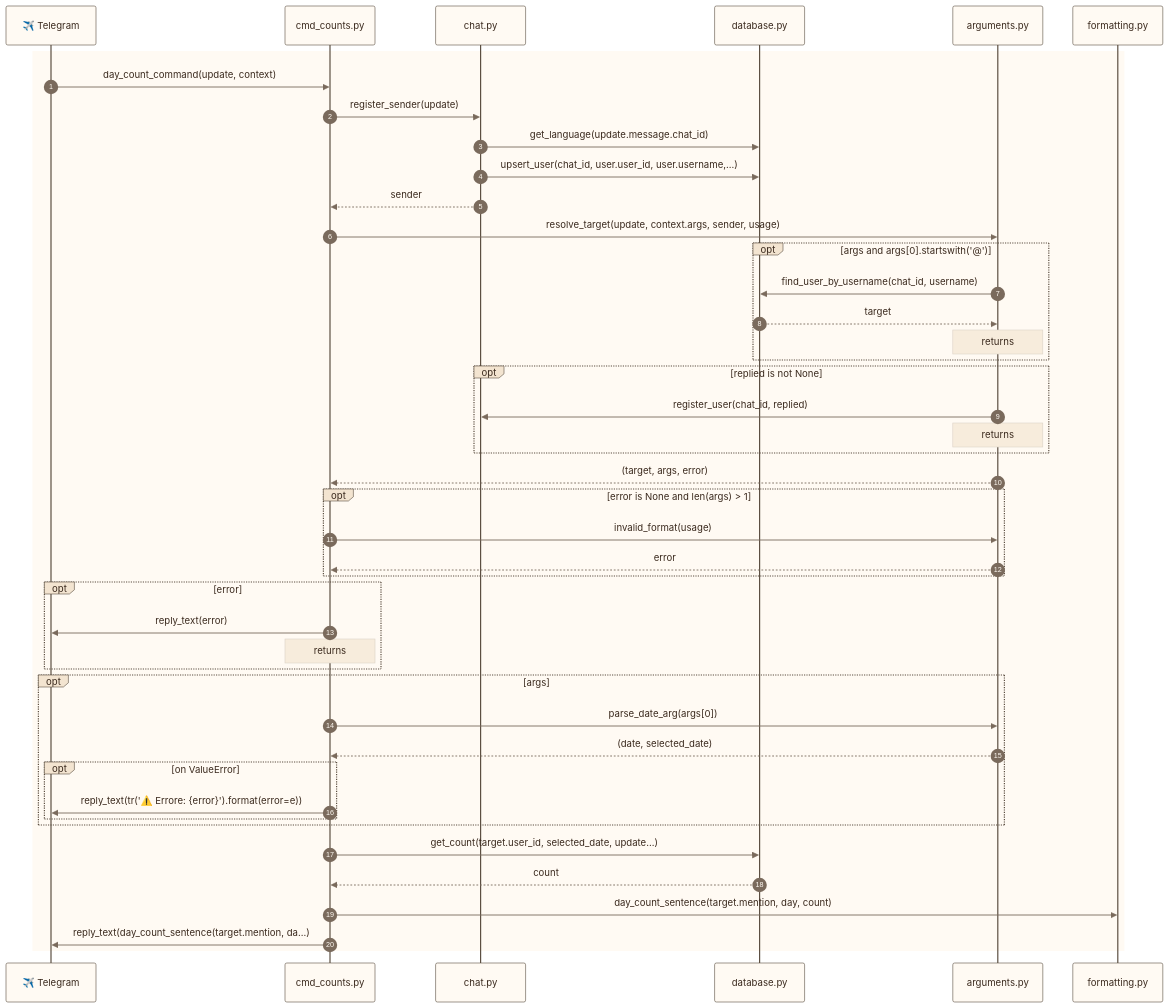
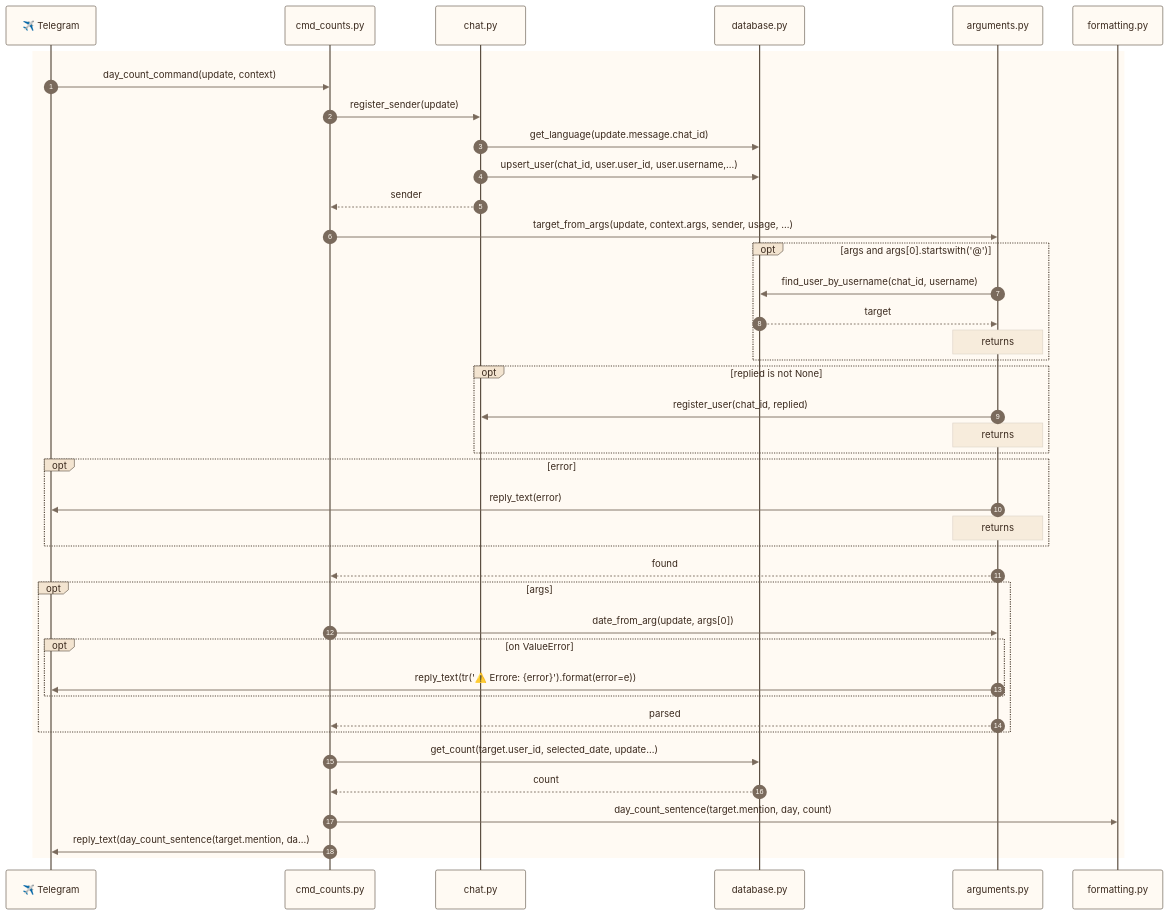
One commit to francescoperrino/Caccometro changed diagram 20 of 42 in docs/use_cases.md. Above: the diagram before and after it, drawn with Mermaid. The commit also changed other lines of this file and 9 other files, not shown here.

````diff
--- a/docs/use_cases.md
+++ b/docs/use_cases.md
@@ -1734,78 +1768,74 @@
 ```mermaid
 ---
 config:
   theme: base
   themeVariables:
     fontFamily: "Nunito, Segoe UI, Roboto, sans-serif"
     primaryColor: "#fffaf3"
     primaryTextColor: "#3b2a1e"
     primaryBorderColor: "#eadccb"
     secondaryColor: "#f7ecdc"
     tertiaryColor: "#f3e4d0"
     lineColor: "#7a6a5c"
     textColor: "#3b2a1e"
     edgeLabelBackground: "#fffaf3"
     clusterBkg: "#f3e4d0"
     clusterBorder: "#cbbca9"
     titleColor: "#5c4f42"
     noteBkgColor: "#f7ecdc"
     noteTextColor: "#3b2a1e"
     actorBkg: "#fffaf3"
     actorBorder: "#5c4f42"
     actorTextColor: "#3b2a1e"
     signalColor: "#7a6a5c"
     signalTextColor: "#3b2a1e"
     labelBoxBkgColor: "#f3e4d0"
     loopTextColor: "#3b2a1e"
     sequenceNumberColor: "#fffaf3"
     xyChart:
       plotColorPalette: "#2f4f8f"
 ---
 sequenceDiagram
     accTitle: Sequence diagram, /day_count (/conto_giorno)
     accDescr: The calls between the modules in time order, starting from cmd_counts.day_count_command
     autonumber
     participant telegram as ✈️ Telegram
     participant cmd_counts as cmd_counts.py
     participant chat as chat.py
     participant database as database.py
     participant arguments as arguments.py
     participant formatting as formatting.py
     rect rgb(255, 250, 243)
         telegram->>cmd_counts: day_count_command(update, context)
         cmd_counts->>chat: register_sender(update)
         chat->>database: get_language(update.message.chat_id)
         chat->>database: upsert_user(chat_id, user.user_id, user.username,...)
         chat-->>cmd_counts: sender
-        cmd_counts->>arguments: resolve_target(update, context.args, sender, usage)
+        cmd_counts->>arguments: target_from_args(update, context.args, sender, usage, ...)
         opt args and args[0].startswith('@')
             arguments->>database: find_user_by_username(chat_id, username)
             database-->>arguments: target
             Note over arguments: returns
         end
         opt replied is not None
             arguments->>chat: register_user(chat_id, replied)
             Note over arguments: returns
         end
-        arguments-->>cmd_counts: (target, args, error)
-        opt error is None and len(args) > 1
-            cmd_counts->>arguments: invalid_format(usage)
-            arguments-->>cmd_counts: error
+        opt error
+            arguments->>telegram: reply_text(error)
+            Note over arguments: returns
         end
-        opt error
-            cmd_counts->>telegram: reply_text(error)
-            Note over cmd_counts: returns
-        end
+        arguments-->>cmd_counts: found
         opt args
-            cmd_counts->>arguments: parse_date_arg(args[0])
-            arguments-->>cmd_counts: (date, selected_date)
+            cmd_counts->>arguments: date_from_arg(update, args[0])
             opt on ValueError
-                cmd_counts->>telegram: reply_text(tr('⚠️ Errore: {error}').format(error=e))
+                arguments->>telegram: reply_text(tr('⚠️ Errore: {error}').format(error=e))
             end
+            arguments-->>cmd_counts: parsed
         end
         cmd_counts->>database: get_count(target.user_id, selected_date, update...)
         database-->>cmd_counts: count
         cmd_counts->>formatting: day_count_sentence(target.mention, day, count)
         cmd_counts->>telegram: reply_text(day_count_sentence(target.mention, da...)
     end
 ```
````
